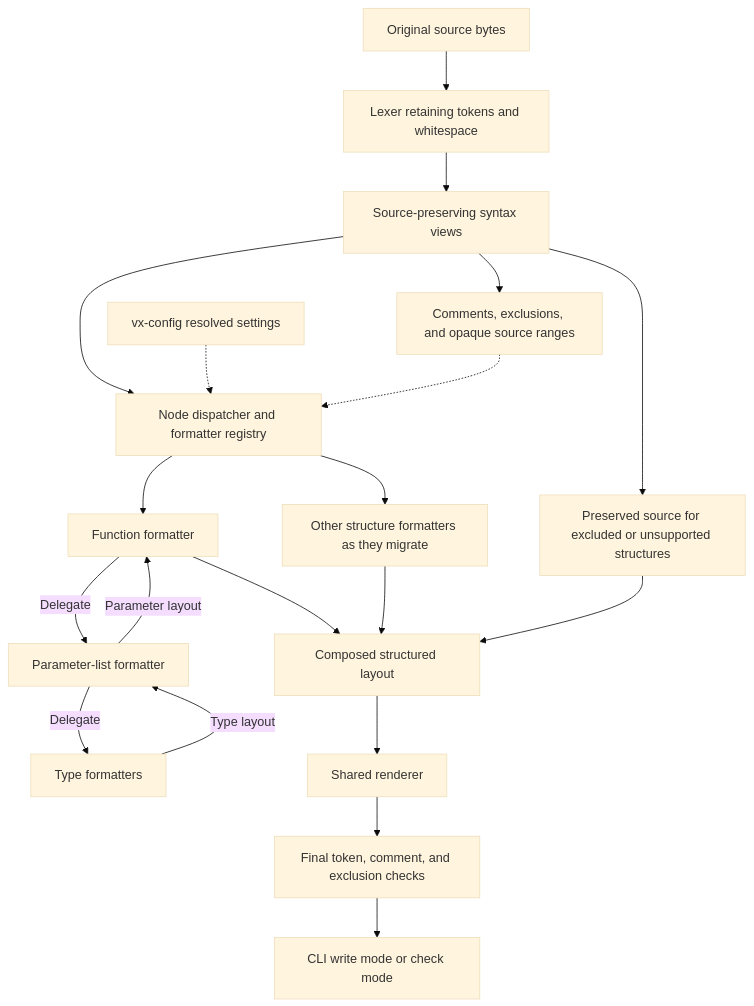
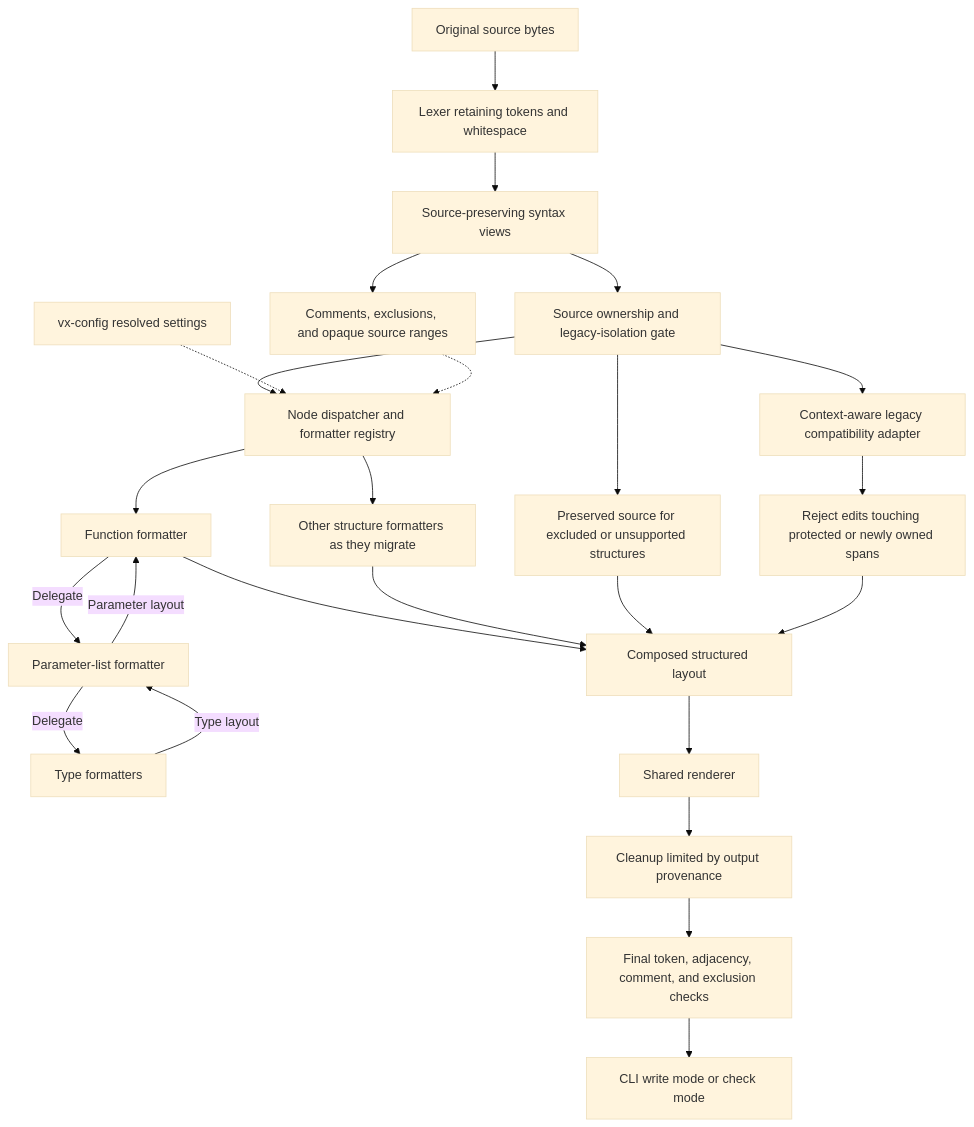
One commit to minzyfox/Vx changed the second of 3 diagrams in docs/discussions/vx_format_syntax_architecture_proposal.md. Above: the diagram before and after it, drawn with Mermaid (base theme). The commit also changed other lines of this file and 1 other file, not shown here.

First line of the commit message:
docs: define formatter adjacency and migration isolation contracts

````diff
--- a/docs/discussions/vx_format_syntax_architecture_proposal.md
+++ b/docs/discussions/vx_format_syntax_architecture_proposal.md
@@ -174,22 +178,27 @@
 ```mermaid
 flowchart TD
     A[Original source bytes] --> B[Lexer retaining tokens and whitespace]
     B --> C[Source-preserving syntax views]
-    C --> D[Node dispatcher and formatter registry]
+    C --> OWN[Source ownership and legacy-isolation gate]
+    OWN --> D[Node dispatcher and formatter registry]
     CFG[vx-config resolved settings] -.-> D
     C --> EX[Comments, exclusions, and opaque source ranges]
     EX -.-> D
     D --> F[Function formatter]
     F -->|Delegate| P[Parameter-list formatter]
     P -->|Delegate| T[Type formatters]
     D --> O[Other structure formatters as they migrate]
     F --> L[Composed structured layout]
     O --> L
     T -->|Type layout| P
     P -->|Parameter layout| F
-    C --> RAW[Preserved source for excluded or unsupported structures]
+    OWN --> RAW[Preserved source for excluded or unsupported structures]
     RAW --> L
+    OWN --> LEG[Context-aware legacy compatibility adapter]
+    LEG --> GUARD[Reject edits touching protected or newly owned spans]
+    GUARD --> L
     L --> R[Shared renderer]
-    R --> V[Final token, comment, and exclusion checks]
+    R --> CLEAN[Cleanup limited by output provenance]
+    CLEAN --> V[Final token, adjacency, comment, and exclusion checks]
     V --> CLI[CLI write mode or check mode]
 ```
````
